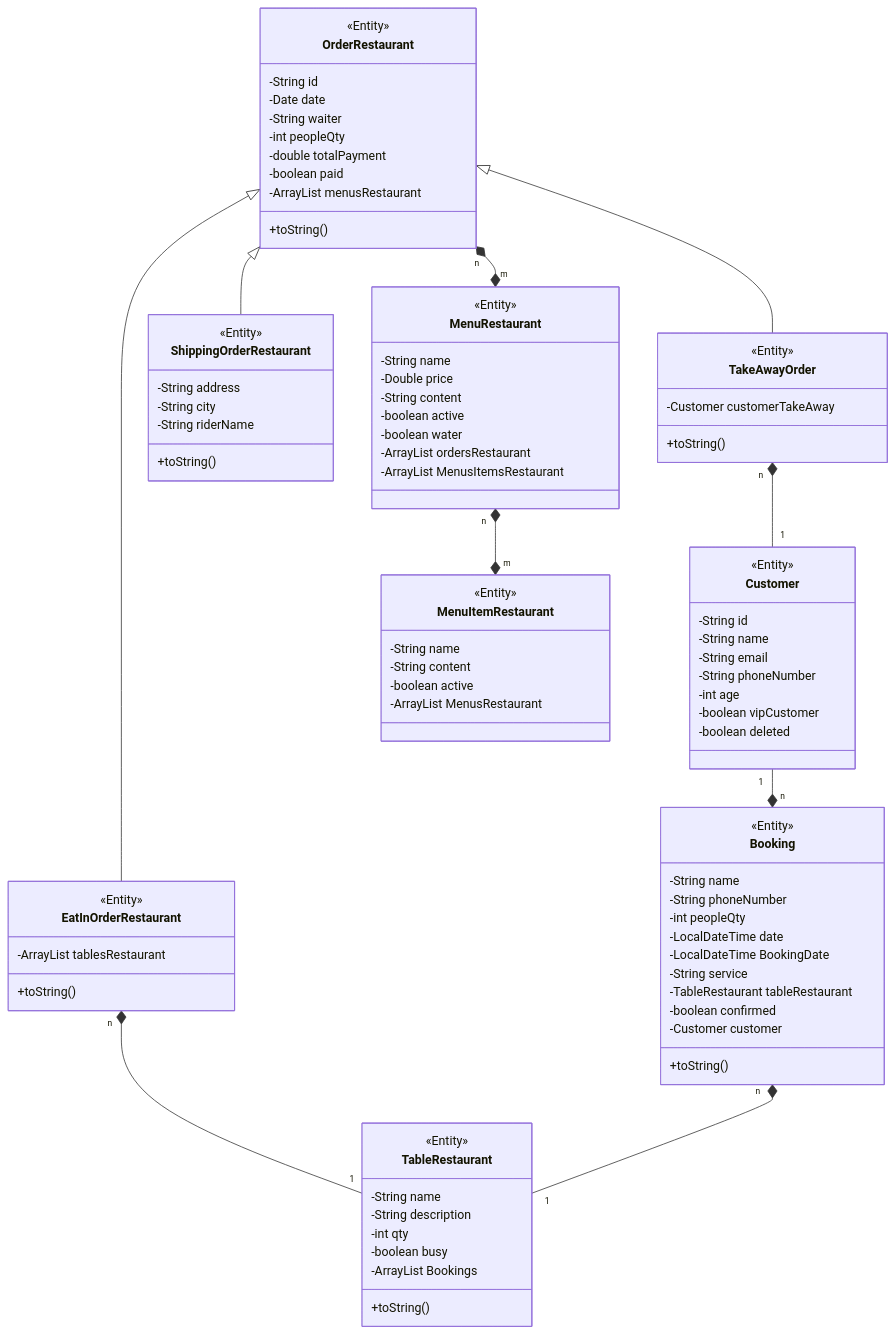
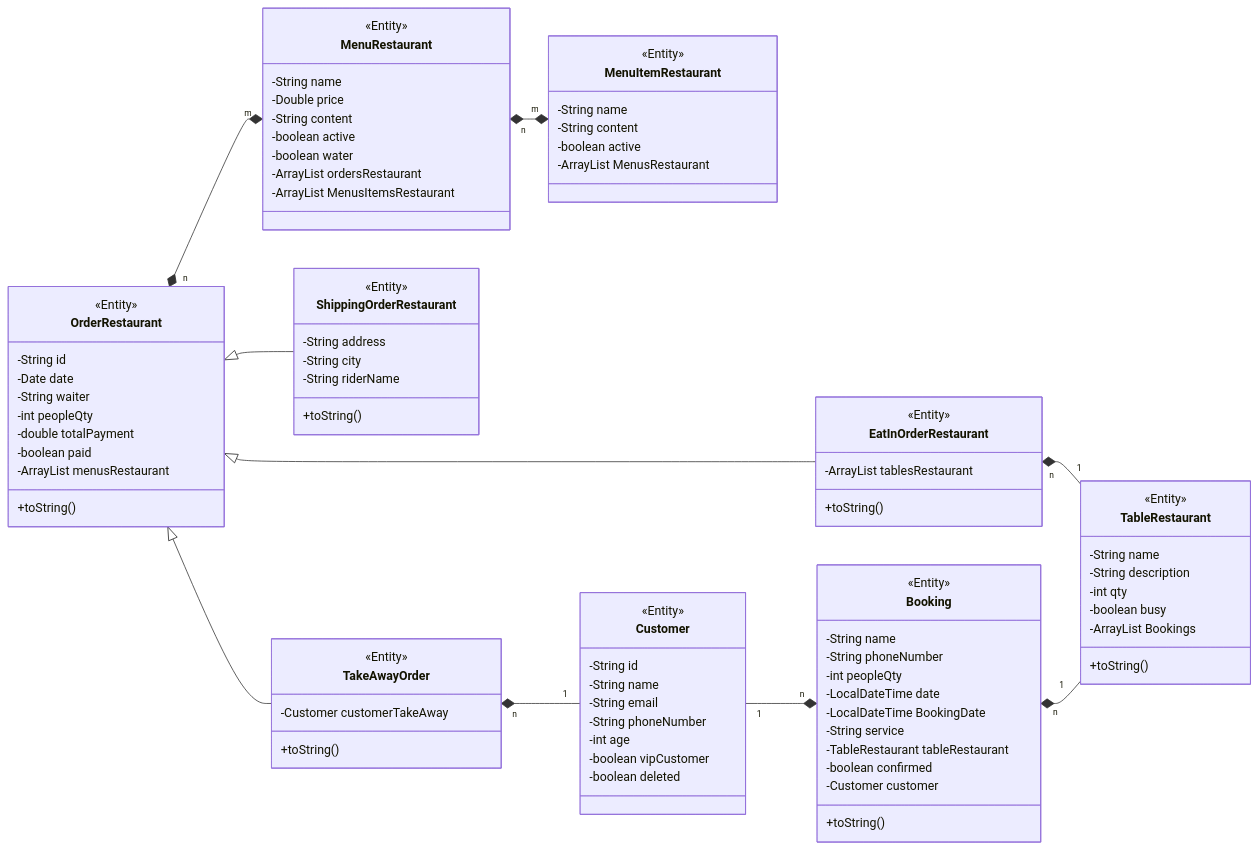
The third of 4 diagrams in springboot/sblab8-4.qmd (ProtossGP32/wiki-1), drawn with Mermaid before and after one commit. The commit also changed other lines of this file and 1 other file, not shown here.

````diff
--- a/springboot/sblab8-4.qmd
+++ b/springboot/sblab8-4.qmd
@@ -297,5 +297,6 @@
 ```{mermaid}
 classDiagram
+ direction LR
     class OrderRestaurant {
         <<Entity>>
         -String id
@@ -307,20 +308,13 @@
         -ArrayList<MenuRestaurant> menusRestaurant
         +toString()
     }
+
     class TakeAwayOrder {
         <<Entity>>
         -Customer customerTakeAway
         +toString()
     }
-    class TableRestaurant {
-        <<Entity>>
-        -String name
-        -String description
-        -int qty
-        -boolean busy
-        -ArrayList<Booking> Bookings
-        +toString()
-    }
+  
     class ShippingOrderRestaurant {
          <<Entity>>
         -String address
@@ -328,16 +322,7 @@
         -String riderName
         +toString()
     }
-    class Customer {
-        <<Entity>>
-        -String id
-        -String name
-        -String email
-        -String phoneNumber
-        -int age
-        -boolean vipCustomer
-        -boolean deleted
-    }
+    
     class EatInOrderRestaurant {
         <<Entity>>
         -ArrayList<TableRestaurant> tablesRestaurant
@@ -360,6 +345,7 @@
         -boolean active
         -ArrayList<MenuRestaurant> MenusRestaurant
     }
+    
     class Booking {
         <<Entity>>
         -String name
@@ -371,6 +357,28 @@
         -TableRestaurant tableRestaurant
         -boolean confirmed
         -Customer customer
+        +toString()
+    }
+
+    class Customer {
+        <<Entity>>
+        -String id
+        -String name
+        -String email
+        -String phoneNumber
+        -int age
+        -boolean vipCustomer
+        -boolean deleted
+        
+    }
+
+      class TableRestaurant {
+        <<Entity>>
+        -String name
+        -String description
+        -int qty
+        -boolean busy
+        -ArrayList<Booking> Bookings
         +toString()
     }
    
@@ -385,5 +393,4 @@
     Customer  "1" --* "n" Booking
 
    
-  
 ```
````
